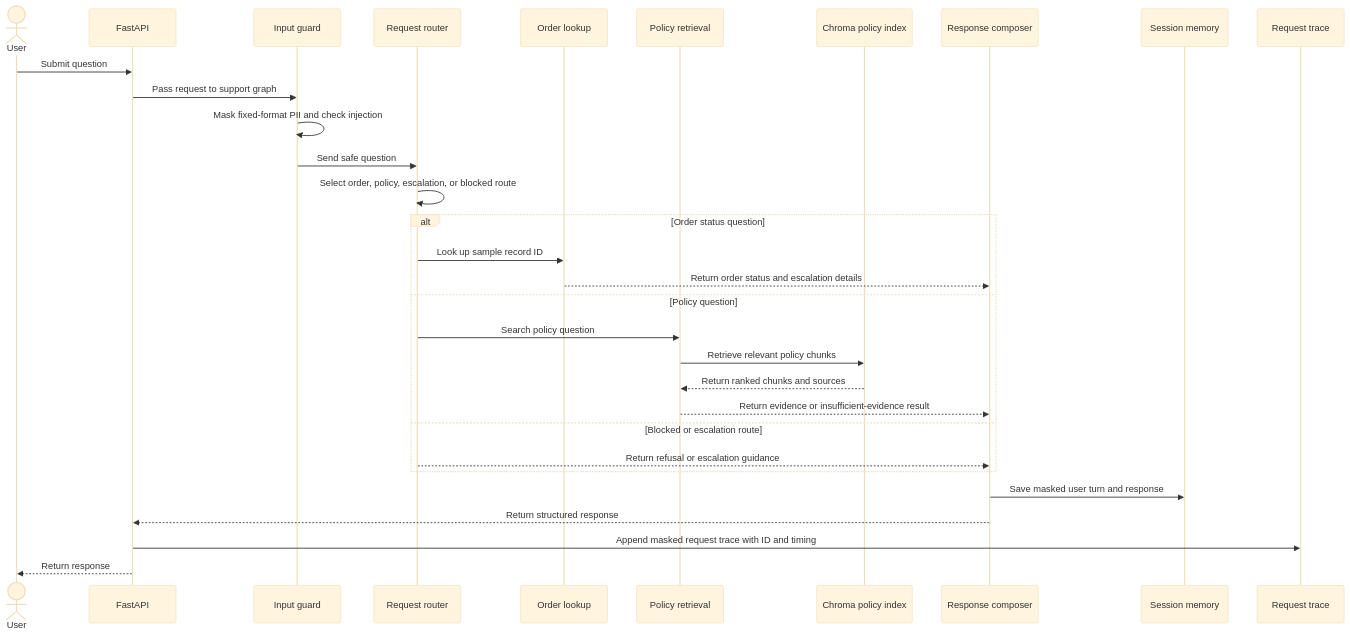
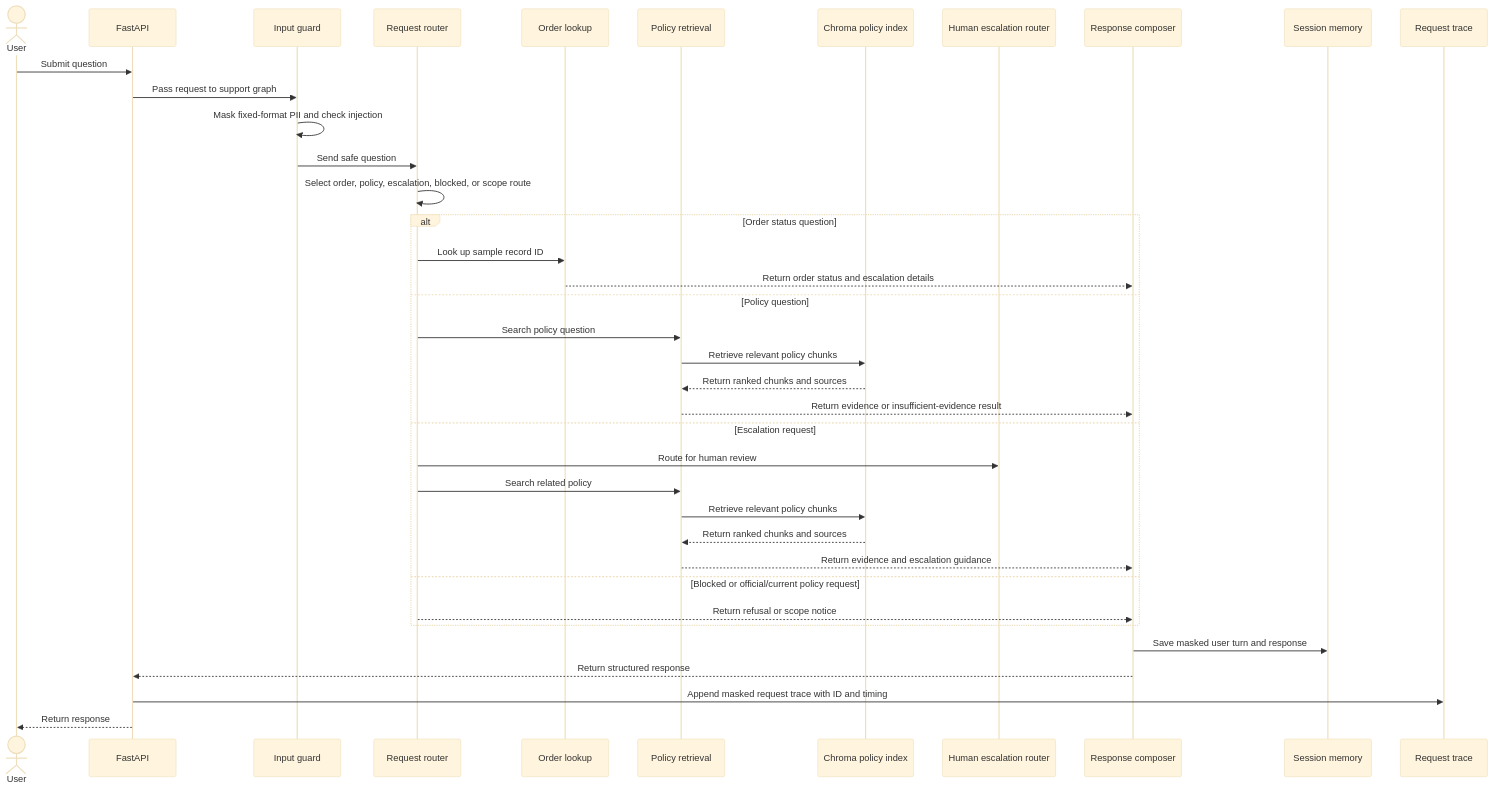
The diagram in docs/sequence-diagram.md (Rashika729/nykaa-support-capstone), drawn with Mermaid (base theme) before and after one commit.

Commit message:
Correct support sequence route documentation

````diff
--- a/docs/sequence-diagram.md
+++ b/docs/sequence-diagram.md
@@ -3,36 +3,43 @@
 ```mermaid
 sequenceDiagram
     actor User
     participant API as FastAPI
     participant Guard as Input guard
     participant Router as Request router
     participant Orders as Order lookup
     participant RAG as Policy retrieval
     participant KB as Chroma policy index
+    participant Escalation as Human escalation router
     participant Composer as Response composer
     participant Memory as Session memory
     participant Trace as Request trace
 
     User->>API: Submit question
     API->>Guard: Pass request to support graph
     Guard->>Guard: Mask fixed-format PII and check injection
     Guard->>Router: Send safe question
-    Router->>Router: Select order, policy, escalation, or blocked route
+    Router->>Router: Select order, policy, escalation, blocked, or scope route
 
     alt Order status question
         Router->>Orders: Look up sample record ID
         Orders-->>Composer: Return order status and escalation details
     else Policy question
         Router->>RAG: Search policy question
         RAG->>KB: Retrieve relevant policy chunks
         KB-->>RAG: Return ranked chunks and sources
         RAG-->>Composer: Return evidence or insufficient-evidence result
-    else Blocked or escalation route
-        Router-->>Composer: Return refusal or escalation guidance
+    else Escalation request
+        Router->>Escalation: Route for human review
+        Router->>RAG: Search related policy
+        RAG->>KB: Retrieve relevant policy chunks
+        KB-->>RAG: Return ranked chunks and sources
+        RAG-->>Composer: Return evidence and escalation guidance
+    else Blocked or official/current policy request
+        Router-->>Composer: Return refusal or scope notice
     end
 
     Composer->>Memory: Save masked user turn and response
     Composer-->>API: Return structured response
     API->>Trace: Append masked request trace with ID and timing
     API-->>User: Return response
 ```
````
